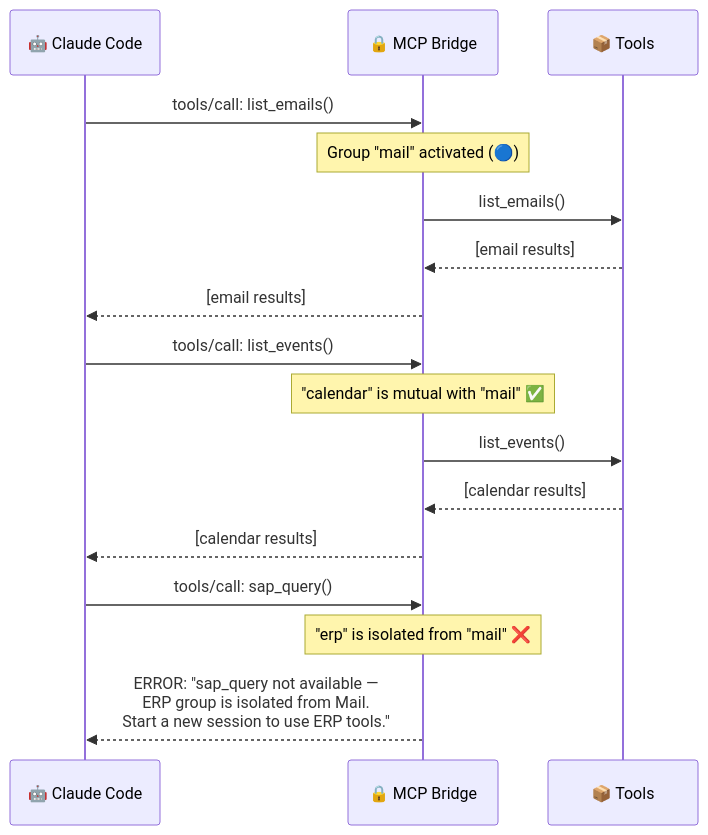
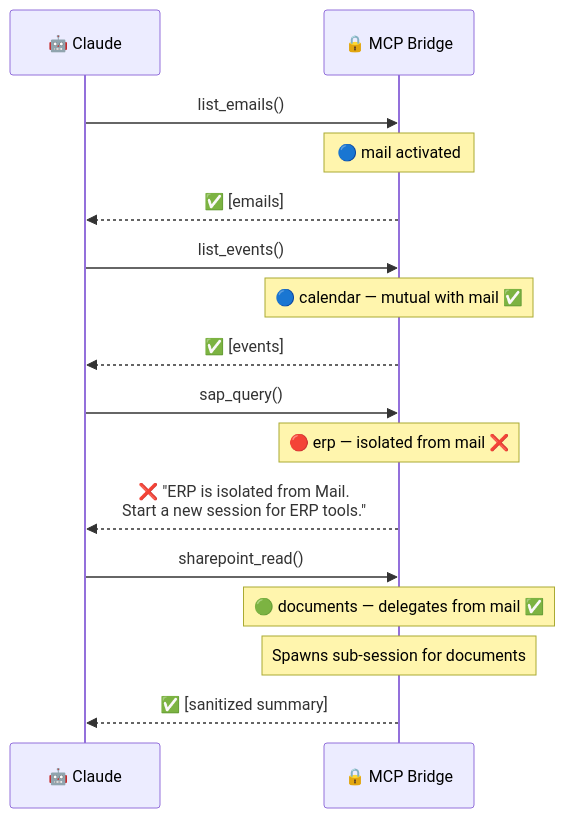
One commit to openhort/openhort changed the third of 5 diagrams in docs/manual/internals/security/group-isolation.md. Above: the diagram before and after it, drawn with Mermaid. The commit also changed other lines of this file and 1 other file, not shown here.

````diff
--- a/docs/manual/internals/security/group-isolation.md
+++ b/docs/manual/internals/security/group-isolation.md
@@ -193,22 +131,22 @@
 ```mermaid
 sequenceDiagram
-    participant Claude as 🤖 Claude Code
+    participant Claude as 🤖 Claude
     participant Bridge as 🔒 MCP Bridge
-    participant Tools as 📦 Tools
 
-    Claude->>Bridge: tools/call: list_emails()
-    Note over Bridge: Group "mail" activated (🔵)
-    Bridge->>Tools: list_emails()
-    Tools-->>Bridge: [email results]
-    Bridge-->>Claude: [email results]
+    Claude->>Bridge: list_emails()
+    Note over Bridge: 🔵 mail activated
+    Bridge-->>Claude: ✅ [emails]
 
-    Claude->>Bridge: tools/call: list_events()
-    Note over Bridge: "calendar" is mutual with "mail" ✅
-    Bridge->>Tools: list_events()
-    Tools-->>Bridge: [calendar results]
-    Bridge-->>Claude: [calendar results]
+    Claude->>Bridge: list_events()
+    Note over Bridge: 🔵 calendar — mutual with mail ✅
+    Bridge-->>Claude: ✅ [events]
 
-    Claude->>Bridge: tools/call: sap_query()
-    Note over Bridge: "erp" is isolated from "mail" ❌
-    Bridge-->>Claude: ERROR: "sap_query not available —<br/>ERP group is isolated from Mail.<br/>Start a new session to use ERP tools."
+    Claude->>Bridge: sap_query()
+    Note over Bridge: 🔴 erp — isolated from mail ❌
+    Bridge-->>Claude: ❌ "ERP is isolated from Mail.<br/>Start a new session for ERP tools."
+
+    Claude->>Bridge: sharepoint_read()
+    Note over Bridge: 🟢 documents — delegates from mail ✅
+    Note over Bridge: Spawns sub-session for documents
+    Bridge-->>Claude: ✅ [sanitized summary]
 ```
````
